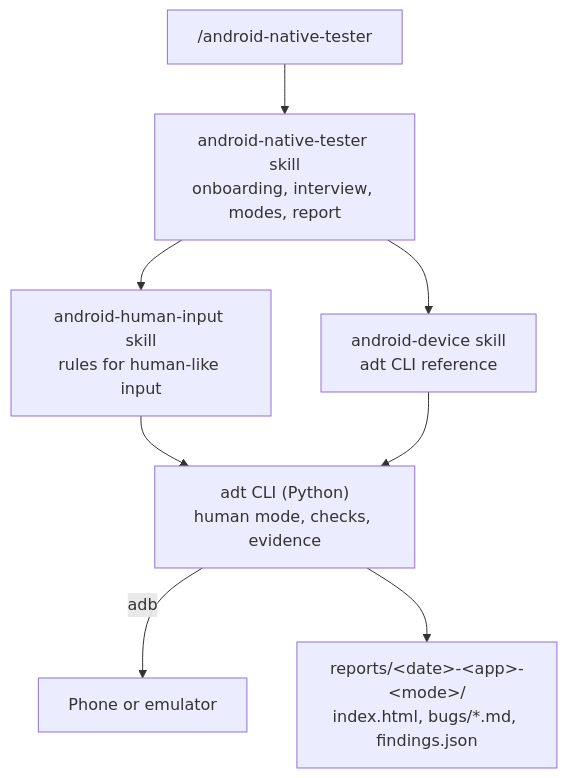
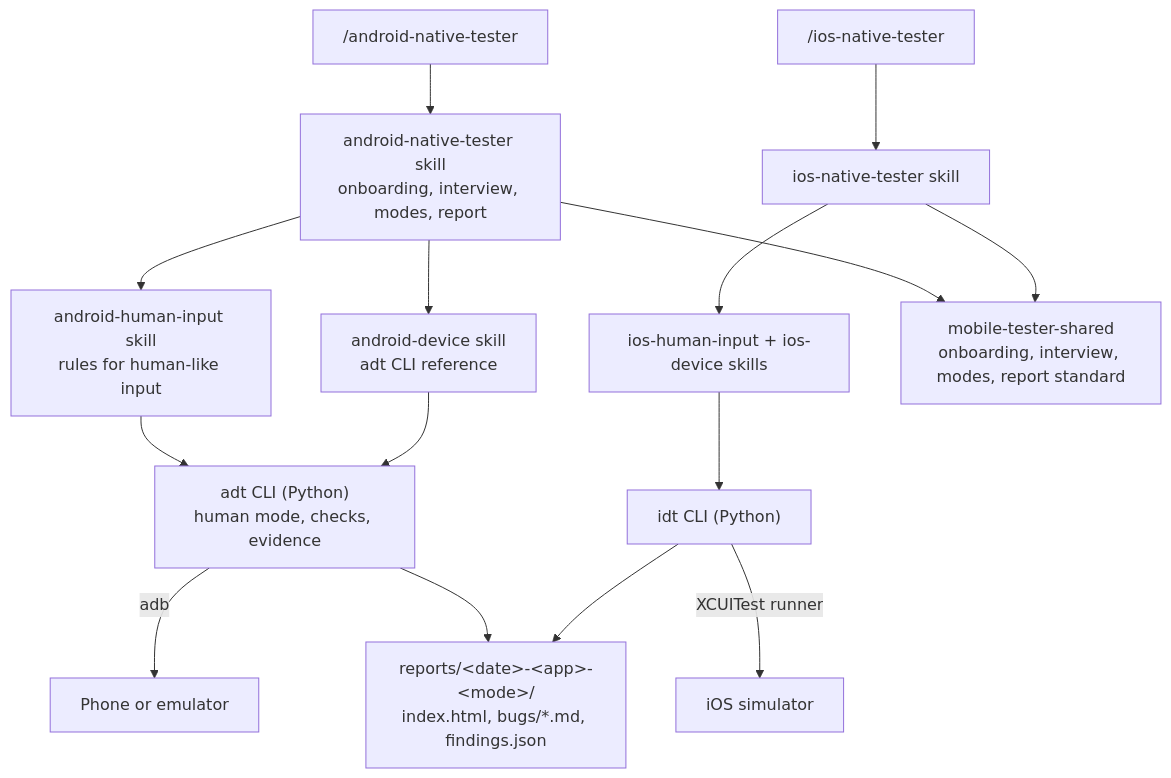
The diagram in README.md (ilivinskyi/android-tester), drawn with Mermaid before and after one commit. The commit also changed other lines of this file, not shown here.

Commit message:
Document iOS support and the mobile-tester plugin in the README

````diff
--- a/README.md
+++ b/README.md
@@ -61,10 +66,17 @@
 ```mermaid
 flowchart TD
     U["/android-native-tester"] --> A["android-native-tester skill<br/>onboarding, interview, modes, report"]
     A --> H["android-human-input skill<br/>rules for human-like input"]
     A --> D["android-device skill<br/>adt CLI reference"]
     H --> C["adt CLI (Python)<br/>human mode, checks, evidence"]
     D --> C
     C -->|adb| P["Phone or emulator"]
     C --> R["reports/&lt;date&gt;-&lt;app&gt;-&lt;mode&gt;/<br/>index.html, bugs/*.md, findings.json"]
+    I["/ios-native-tester"] --> J["ios-native-tester skill"]
+    J --> K["ios-human-input + ios-device skills"]
+    K --> L["idt CLI (Python)"]
+    L -->|XCUITest runner| M["iOS simulator"]
+    L --> R
+    A --> S["mobile-tester-shared<br/>onboarding, interview, modes, report standard"]
+    J --> S
 ```
````
